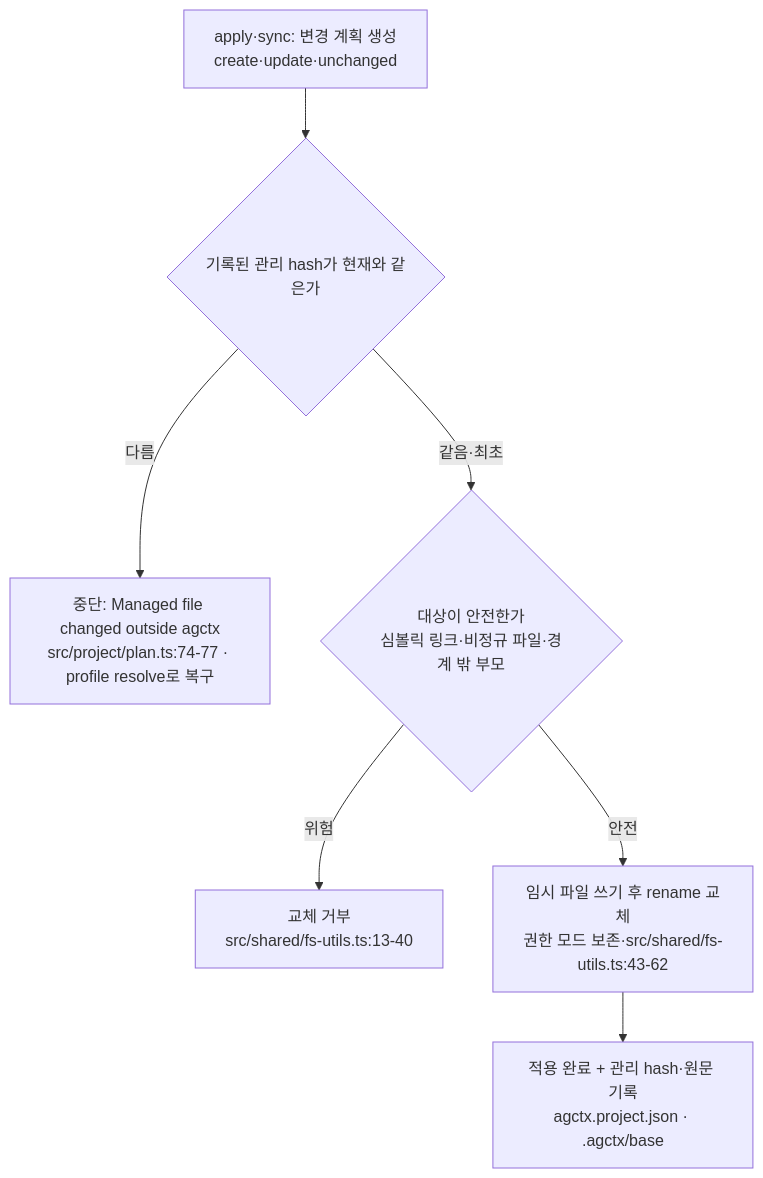
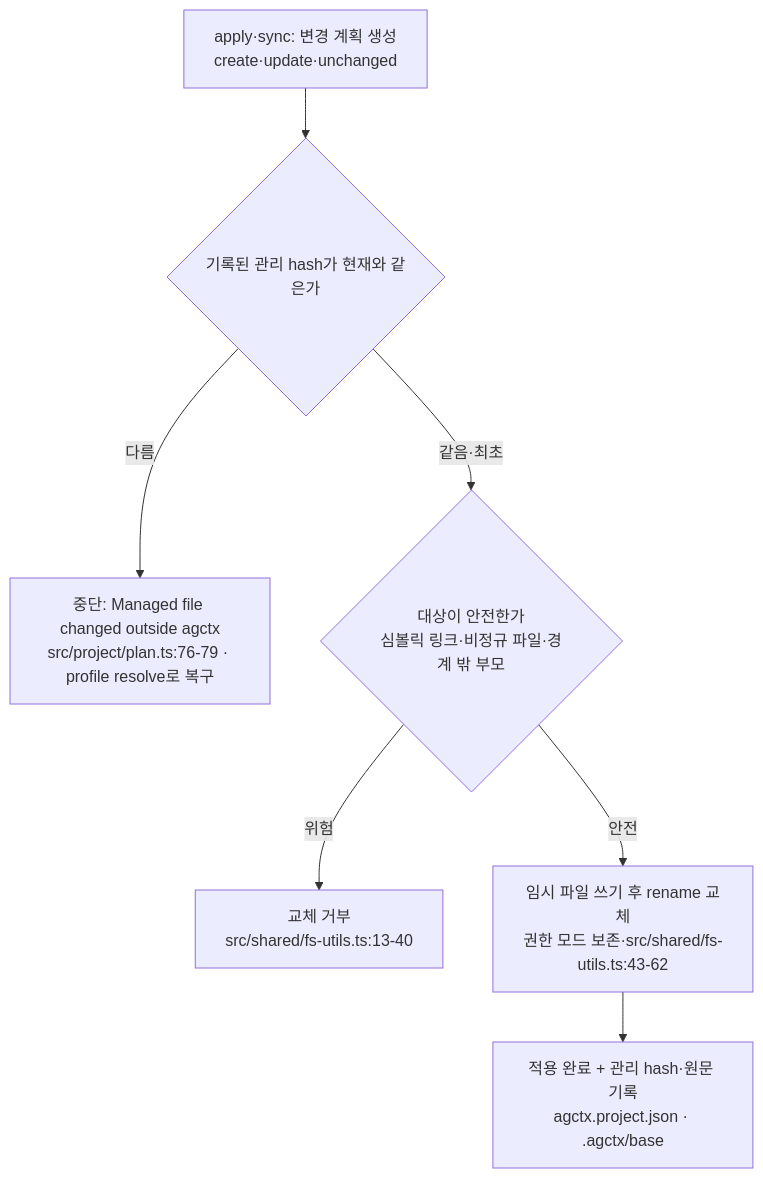
One commit to IsthisLee/agent-context-manager changed the fourth of 6 diagrams in docs/implementation-principles.md. Above: the diagram before and after it, drawn with Mermaid. The commit also changed other lines of this file and 60 other files, not shown here.

````diff
--- a/docs/implementation-principles.md
+++ b/docs/implementation-principles.md
@@ -416,9 +416,9 @@
 ```mermaid
 flowchart TD
   P["apply·sync: 변경 계획 생성<br/>create·update·unchanged"] --> H{"기록된 관리 hash가 현재와 같은가"}
-  H -->|"다름"| STOP["중단: Managed file changed outside agctx<br/>src/project/plan.ts:74-77 · profile resolve로 복구"]
+  H -->|"다름"| STOP["중단: Managed file changed outside agctx<br/>src/project/plan.ts:76-79 · profile resolve로 복구"]
   H -->|"같음·최초"| SAFE{"대상이 안전한가<br/>심볼릭 링크·비정규 파일·경계 밖 부모"}
   SAFE -->|"위험"| REFUSE["교체 거부<br/>src/shared/fs-utils.ts:13-40"]
   SAFE -->|"안전"| ATOM["임시 파일 쓰기 후 rename 교체<br/>권한 모드 보존·src/shared/fs-utils.ts:43-62"]
   ATOM --> DONE["적용 완료 + 관리 hash·원문 기록<br/>agctx.project.json · .agctx/base"]
 ```
````
